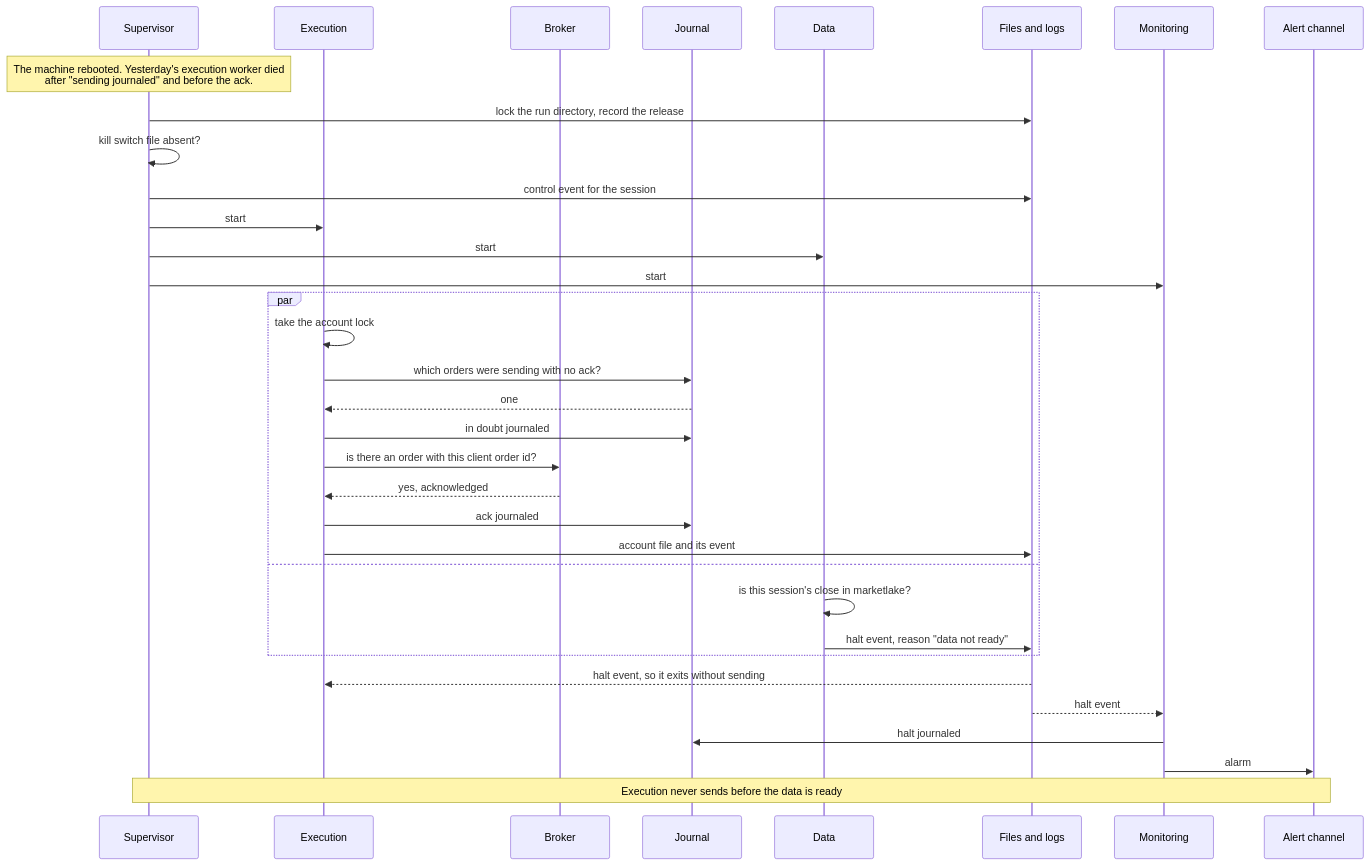
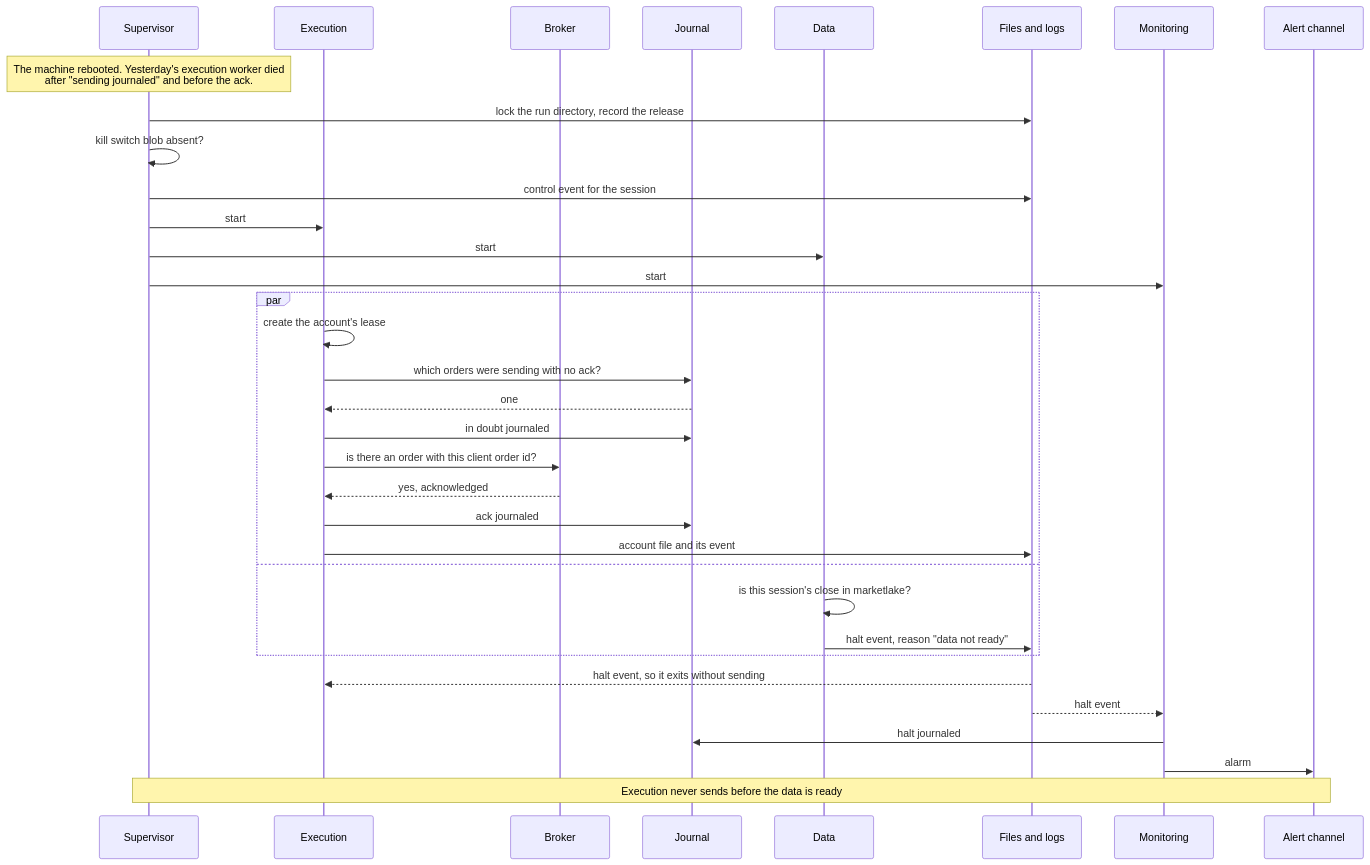
The sixth of 16 diagrams in docs/architecture.md (l3a0/ithildin-runtime), drawn with Mermaid before and after one commit. The commit also changed other lines of this file and 1 other file, not shown here.

````diff
--- a/docs/architecture.md
+++ b/docs/architecture.md
@@ -638,37 +638,37 @@
 ```mermaid
 sequenceDiagram
     participant V as Supervisor
     participant X as Execution
     participant B as Broker
     participant J as Journal
     participant D as Data
     participant F as Files and logs
     participant M as Monitoring
     participant L as Alert channel
 
     Note over V: The machine rebooted. Yesterday's execution worker died<br/>after "sending journaled" and before the ack.
     V->>F: lock the run directory, record the release
-    V->>V: kill switch file absent?
+    V->>V: kill switch blob absent?
     V->>F: control event for the session
     V->>X: start
     V->>D: start
     V->>M: start
     par
-        X->>X: take the account lock
+        X->>X: create the account's lease
         X->>J: which orders were sending with no ack?
         J-->>X: one
         X->>J: in doubt journaled
         X->>B: is there an order with this client order id?
         B-->>X: yes, acknowledged
         X->>J: ack journaled
         X->>F: account file and its event
     and
         D->>D: is this session's close in marketlake?
         D->>F: halt event, reason "data not ready"
     end
     F-->>X: halt event, so it exits without sending
     F-->>M: halt event
     M->>J: halt journaled
     M->>L: alarm
     Note over V,L: Execution never sends before the data is ready
 ```
````
